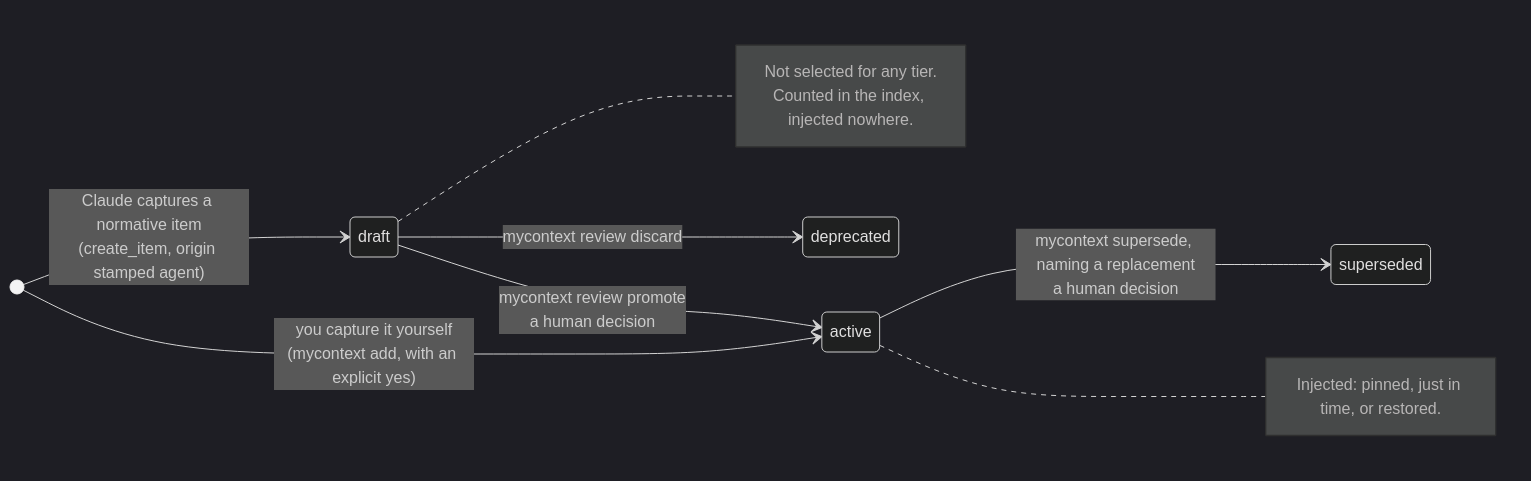
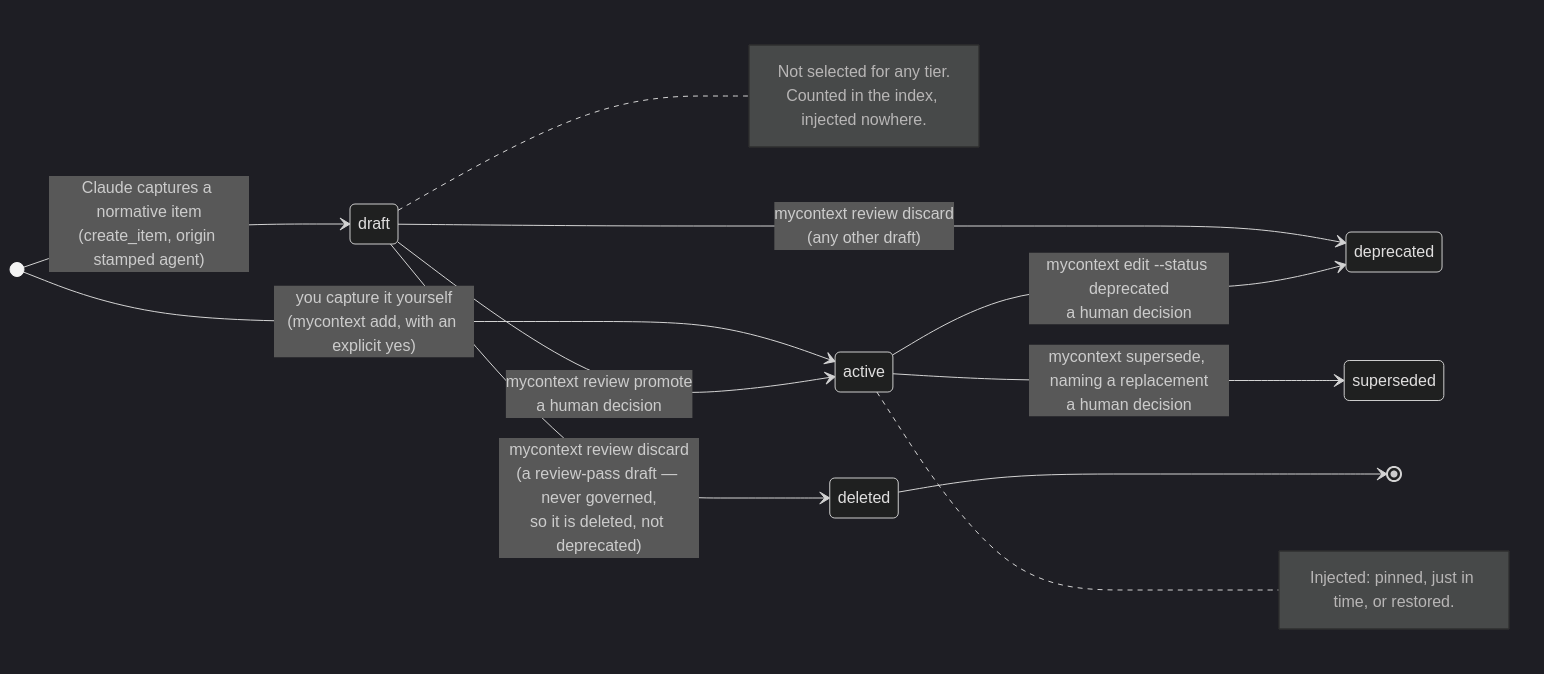
Before and after one commit to Dudi-Bar-On/my-context: the second of 2 diagrams in docs/capabilities/01-items-and-corpus.md, drawn with Mermaid (dark theme). The commit also changed other lines of this file and 24 other files, not shown here.

First line of the commit message:
the fence that had been shipping as a mermaid error box, and twenty-seven claims that were only wrong

````diff
--- a/docs/capabilities/01-items-and-corpus.md
+++ b/docs/capabilities/01-items-and-corpus.md
@@ -191,16 +191,19 @@
 ```mermaid
 stateDiagram-v2
   direction LR
   [*] --> draft: Claude captures a normative item<br/>(create_item, origin stamped agent)
   [*] --> active: you capture it yourself<br/>(mycontext add, with an explicit yes)
   draft --> active: mycontext review promote<br/>a human decision
-  draft --> deprecated: mycontext review discard
+  draft --> deprecated: mycontext review discard<br/>(any other draft)
+  draft --> deleted: mycontext review discard<br/>(a review-pass draft — never governed,<br/>so it is deleted, not deprecated)
+  active --> deprecated: mycontext edit --status deprecated<br/>a human decision
   active --> superseded: mycontext supersede, naming a replacement<br/>a human decision
+  deleted --> [*]
   note right of draft
     Not selected for any tier.
     Counted in the index, injected nowhere.
   end note
   note right of active
     Injected: pinned, just in time, or restored.
   end note
 ```
````
